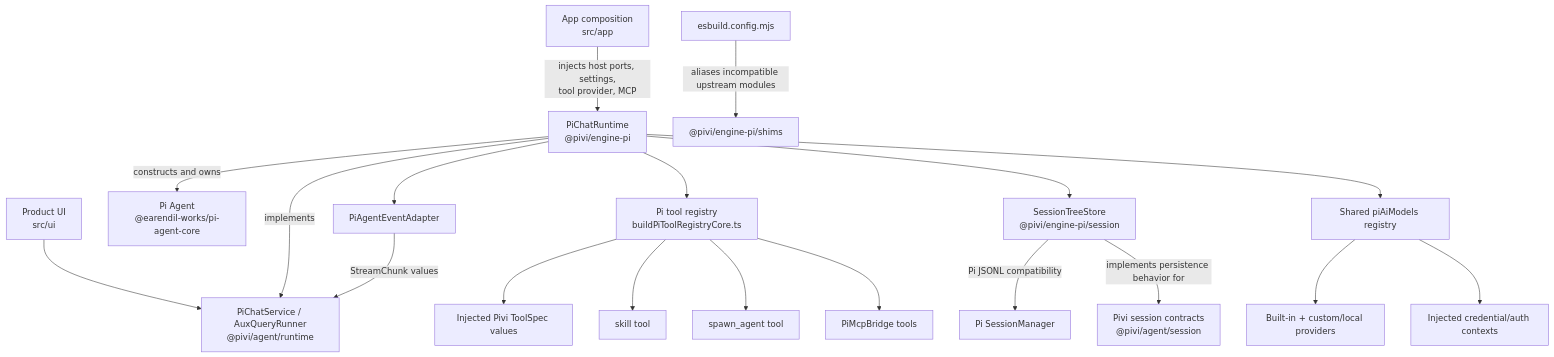
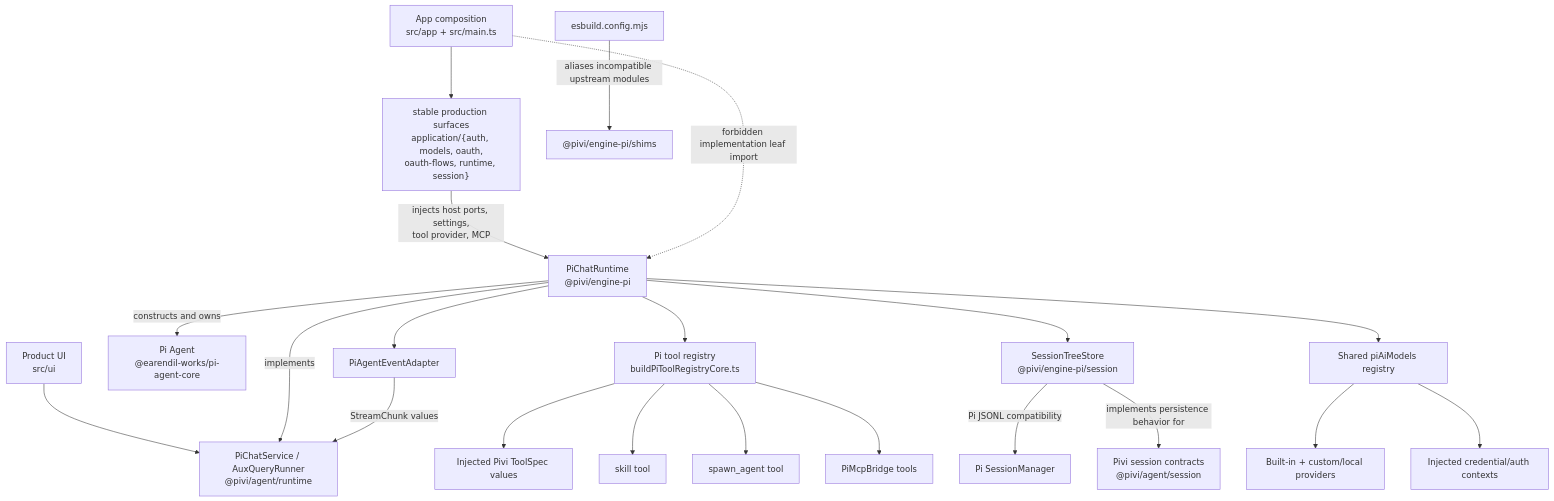
One commit to shuuul/obsidian-pivi changed the diagram in packages/engine-pi/AGENTS.md. Above: the diagram before and after it, drawn with Mermaid. The commit also changed other lines of this file and 37 other files, not shown here.

First line of the commit message:
refactor(architecture): enforce stable package boundaries

````diff
--- a/packages/engine-pi/AGENTS.md
+++ b/packages/engine-pi/AGENTS.md
@@ -13,21 +13,23 @@
 ```mermaid
 flowchart TD
-  App["App composition<br/>src/app"] -- "injects host ports, settings,<br/>tool provider, MCP" --> Runtime["PiChatRuntime<br/>@pivi/engine-pi"]
+  App["App composition<br/>src/app + src/main.ts"] --> Surface["stable production surfaces<br/>application/{auth, models, oauth,<br/>oauth-flows, runtime, session}"]
+  Surface -- "injects host ports, settings,<br/>tool provider, MCP" --> Runtime["PiChatRuntime<br/>@pivi/engine-pi"]
   UI["Product UI<br/>src/ui"] --> Contract["PiChatService / AuxQueryRunner<br/>@pivi/agent/runtime"]
   Runtime -- "implements" --> Contract
   Runtime -- "constructs and owns" --> Agent["Pi Agent<br/>@earendil-works/pi-agent-core"]
   Runtime --> Registry["Pi tool registry<br/>buildPiToolRegistryCore.ts"]
   Registry --> BaseTools["Injected Pivi ToolSpec values"]
   Registry --> Skill["skill tool"]
   Registry --> Subagent["spawn_agent tool"]
   Registry --> MCP["PiMcpBridge tools"]
   Runtime --> Adapter["PiAgentEventAdapter"]
   Adapter -- "StreamChunk values" --> Contract
   Runtime --> Tree["SessionTreeStore<br/>@pivi/engine-pi/session"]
   Tree -- "Pi JSONL compatibility" --> PiSession["Pi SessionManager"]
   Tree -- "implements persistence behavior for" --> SessionContracts["Pivi session contracts<br/>@pivi/agent/session"]
   Runtime --> Models["Shared piAiModels registry"]
   Models --> Providers["Built-in + custom/local providers"]
   Models --> Auth["Injected credential/auth contexts"]
   Build["esbuild.config.mjs"] -- "aliases incompatible upstream modules" --> Shims["@pivi/engine-pi/shims"]
+  App -. "forbidden implementation leaf import" .-> Runtime
 ```
````
